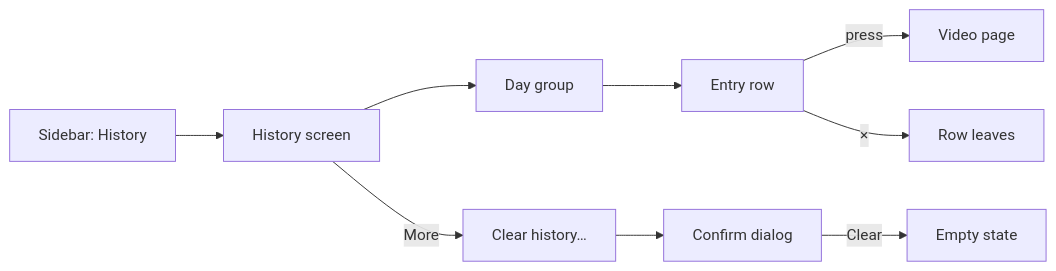
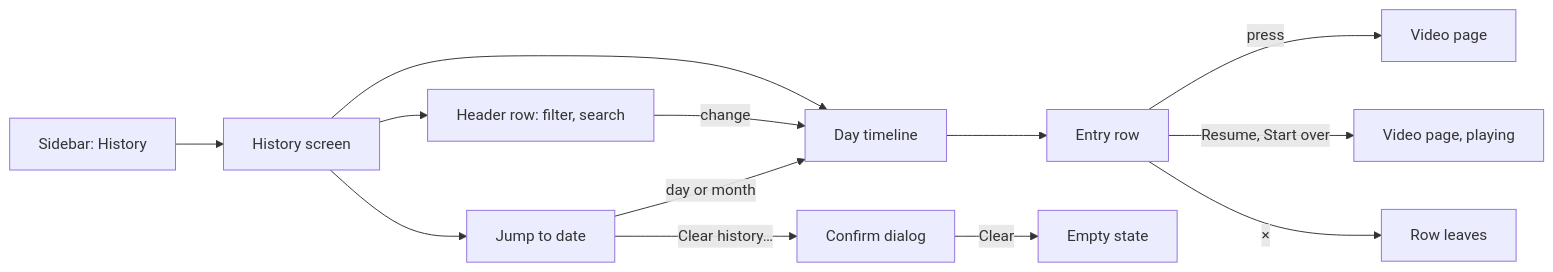
One commit to syudead/vv changed the first of 3 diagrams in specs/043-watch-history/ui-design.md. Above: the diagram before and after it, drawn with Mermaid. The commit also changed other lines of this file, not shown here.

First line of the commit message:
Revise the watch history UI design for the day timeline, filter, search and date jump (#792)

````diff
--- a/specs/043-watch-history/ui-design.md
+++ b/specs/043-watch-history/ui-design.md
@@ -29,11 +44,15 @@
 ```mermaid
 flowchart LR
   side[Sidebar: History] --> page[History screen]
-  page --> day[Day group]
-  day --> row[Entry row]
+  page --> header[Header row: filter, search]
+  page --> timeline[Day timeline]
+  page --> jump[Jump to date]
+  header -->|change| timeline
+  jump -->|day or month| timeline
+  timeline --> row[Entry row]
   row -->|press| video[Video page]
+  row -->|Resume, Start over| play[Video page, playing]
   row -->|×| gone[Row leaves]
-  page -->|More| menu[Clear history…]
-  menu --> confirm[Confirm dialog]
+  jump -->|Clear history…| confirm[Confirm dialog]
   confirm -->|Clear| empty[Empty state]
 ```
````
